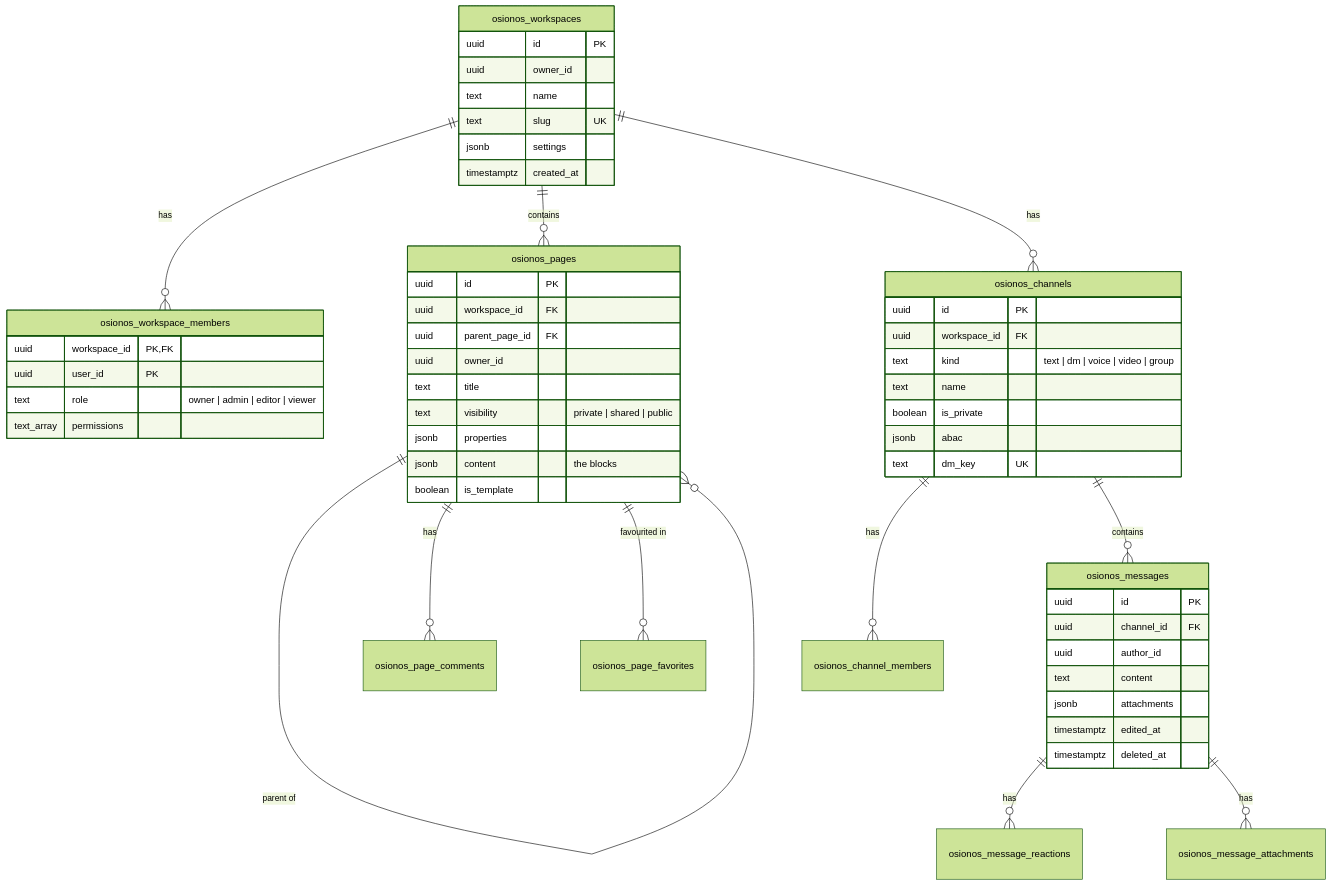
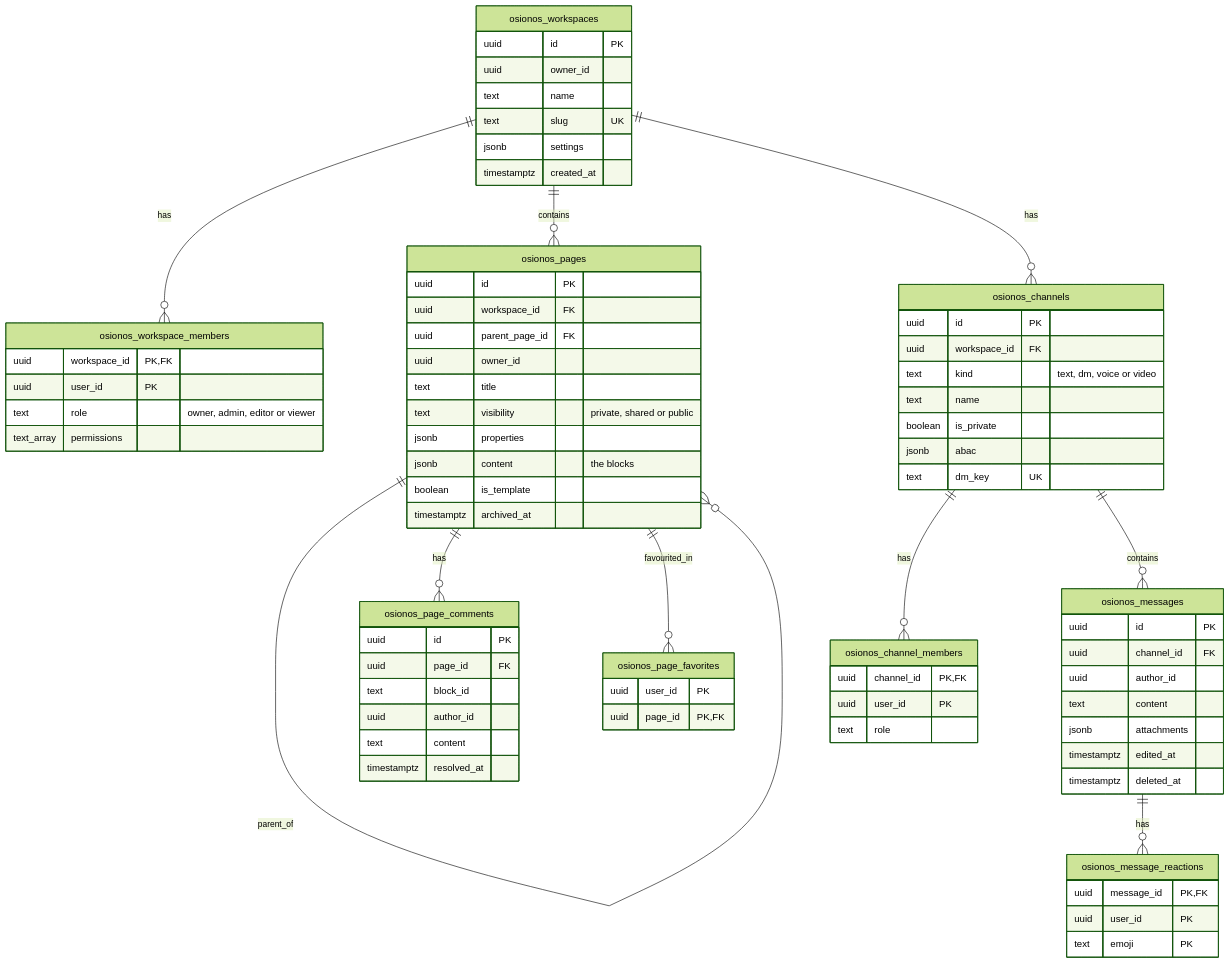
Before and after one commit to Univers42/groot: the diagram in README.md, drawn with Mermaid (forest theme). The commit also changed other lines of this file, not shown here.

First line of the commit message:
docs(readme): take LESdylan's technologies and database schema

````diff
--- a/README.md
+++ b/README.md
@@ -337,57 +278,79 @@
 ```mermaid
 erDiagram
-    osionos_workspaces ||--o{ osionos_workspace_members : "has"
-    osionos_workspaces ||--o{ osionos_pages : "contains"
-    osionos_pages ||--o{ osionos_pages : "parent of"
-    osionos_pages ||--o{ osionos_page_comments : "has"
-    osionos_pages ||--o{ osionos_page_favorites : "favourited in"
-    osionos_workspaces ||--o{ osionos_channels : "has"
-    osionos_channels ||--o{ osionos_channel_members : "has"
-    osionos_channels ||--o{ osionos_messages : "contains"
-    osionos_messages ||--o{ osionos_message_reactions : "has"
-    osionos_messages ||--o{ osionos_message_attachments : "has"
+    osionos_workspaces ||--o{ osionos_workspace_members : has
+    osionos_workspaces ||--o{ osionos_pages : contains
+    osionos_pages ||--o{ osionos_pages : parent_of
+    osionos_pages ||--o{ osionos_page_comments : has
+    osionos_pages ||--o{ osionos_page_favorites : favourited_in
+    osionos_workspaces ||--o{ osionos_channels : has
+    osionos_channels ||--o{ osionos_channel_members : has
+    osionos_channels ||--o{ osionos_messages : contains
+    osionos_messages ||--o{ osionos_message_reactions : has
 
     osionos_workspaces {
         uuid id PK
         uuid owner_id
         text name
         text slug UK
         jsonb settings
         timestamptz created_at
     }
     osionos_workspace_members {
-        uuid workspace_id PK,FK
+        uuid workspace_id PK, FK
         uuid user_id PK
-        text role "owner | admin | editor | viewer"
+        text role "owner, admin, editor or viewer"
         text_array permissions
     }
     osionos_pages {
         uuid id PK
         uuid workspace_id FK
         uuid parent_page_id FK
         uuid owner_id
         text title
-        text visibility "private | shared | public"
+        text visibility "private, shared or public"
         jsonb properties
         jsonb content "the blocks"
         boolean is_template
+        timestamptz archived_at
+    }
+    osionos_page_comments {
+        uuid id PK
+        uuid page_id FK
+        text block_id
+        uuid author_id
+        text content
+        timestamptz resolved_at
+    }
+    osionos_page_favorites {
+        uuid user_id PK
+        uuid page_id PK, FK
     }
     osionos_channels {
         uuid id PK
         uuid workspace_id FK
-        text kind "text | dm | voice | video | group"
+        text kind "text, dm, voice or video"
         text name
         boolean is_private
         jsonb abac
         text dm_key UK
+    }
+    osionos_channel_members {
+        uuid channel_id PK, FK
+        uuid user_id PK
+        text role
     }
     osionos_messages {
         uuid id PK
         uuid channel_id FK
         uuid author_id
         text content
         jsonb attachments
         timestamptz edited_at
         timestamptz deleted_at
     }
+    osionos_message_reactions {
+        uuid message_id PK, FK
+        uuid user_id PK
+        text emoji PK
+    }
 ```
````
